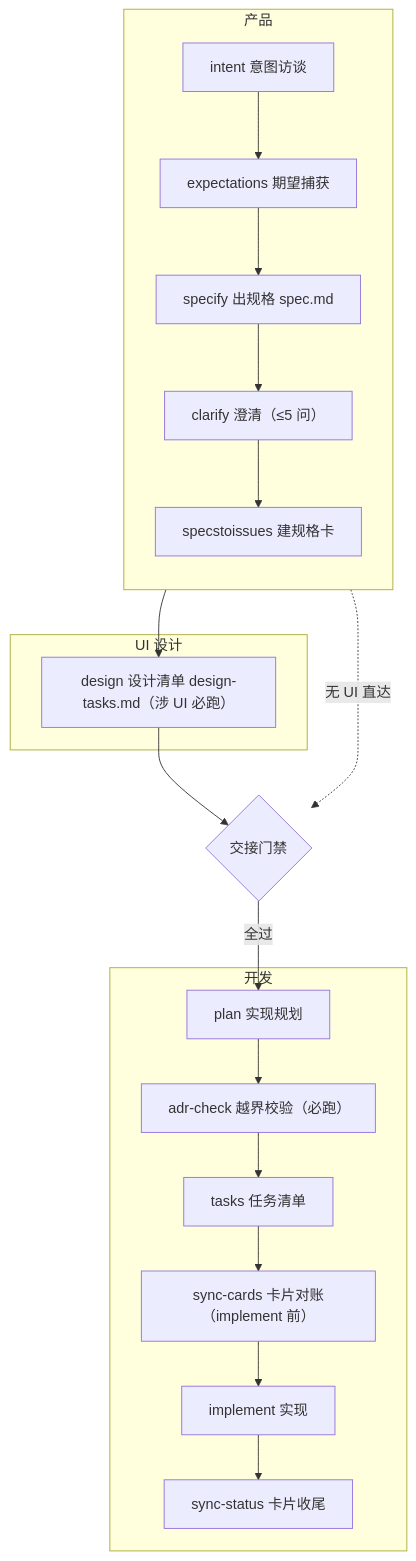
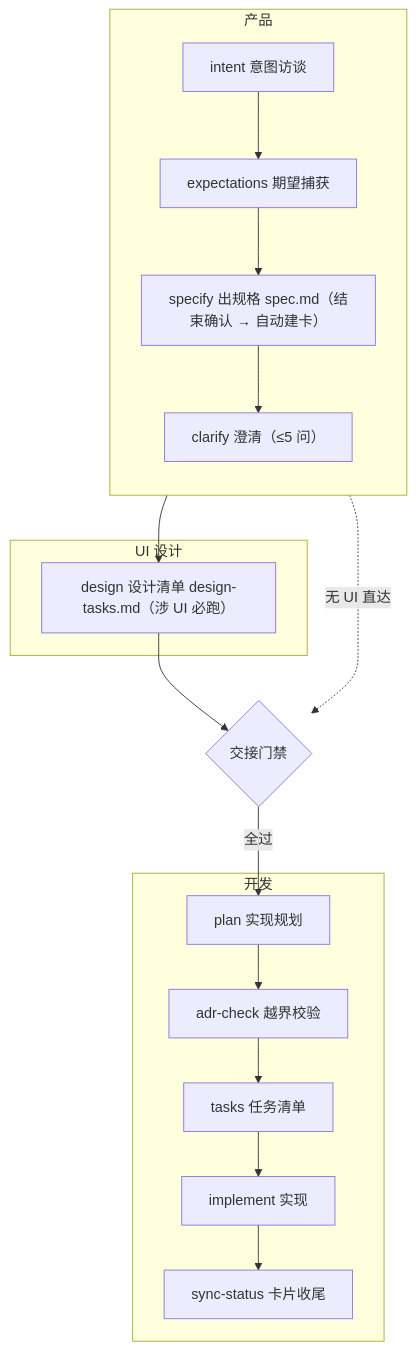
The diagram in docs/user-guide.md (HJXArthurAtlas/Delivery-Harness), drawn with Mermaid before and after one commit. The commit also changed other lines of this file, not shown here.

Commit message:
docs(user-guide): #TECH-000 建卡折入 specify 确认自动执行；require-intent/adr-check/sync-cards/planverify-gate 等自动行为不再单列步骤，改原位「条件→行为→作用」说明（主线 7 阶段口径）

````diff
--- a/docs/user-guide.md
+++ b/docs/user-guide.md
@@ -18,17 +19,17 @@
 ```mermaid
 flowchart TD
   subgraph PM["产品"]
     direction TB
-    IT["intent 意图访谈"] --> EX["expectations 期望捕获"] --> SP["specify 出规格 spec.md"] --> CL["clarify 澄清（≤5 问）"] --> SC["specstoissues 建规格卡"]
+    IT["intent 意图访谈"] --> EX["expectations 期望捕获"] --> SP["specify 出规格 spec.md（结束确认 → 自动建卡）"] --> CL["clarify 澄清（≤5 问）"]
   end
   subgraph DS["UI 设计"]
     DE["design 设计清单 design-tasks.md（涉 UI 必跑）"]
   end
   subgraph DV["开发"]
-    PL["plan 实现规划"] --> AC["adr-check 越界校验（必跑）"] --> TK["tasks 任务清单"] --> SY["sync-cards 卡片对账（implement 前）"] --> IM["implement 实现"] --> ST["sync-status 卡片收尾"]
+    PL["plan 实现规划"] --> AC["adr-check 越界校验"] --> TK["tasks 任务清单"] --> IM["implement 实现"] --> ST["sync-status 卡片收尾"]
   end
-  SC --> DE
+  SP --> DE
   DE --> GA{"交接门禁"}
-  SC -. 无 UI 直达 .-> GA
+  SP -. 无 UI 直达 .-> GA
   GA -->|全过| PL
 ```
````
